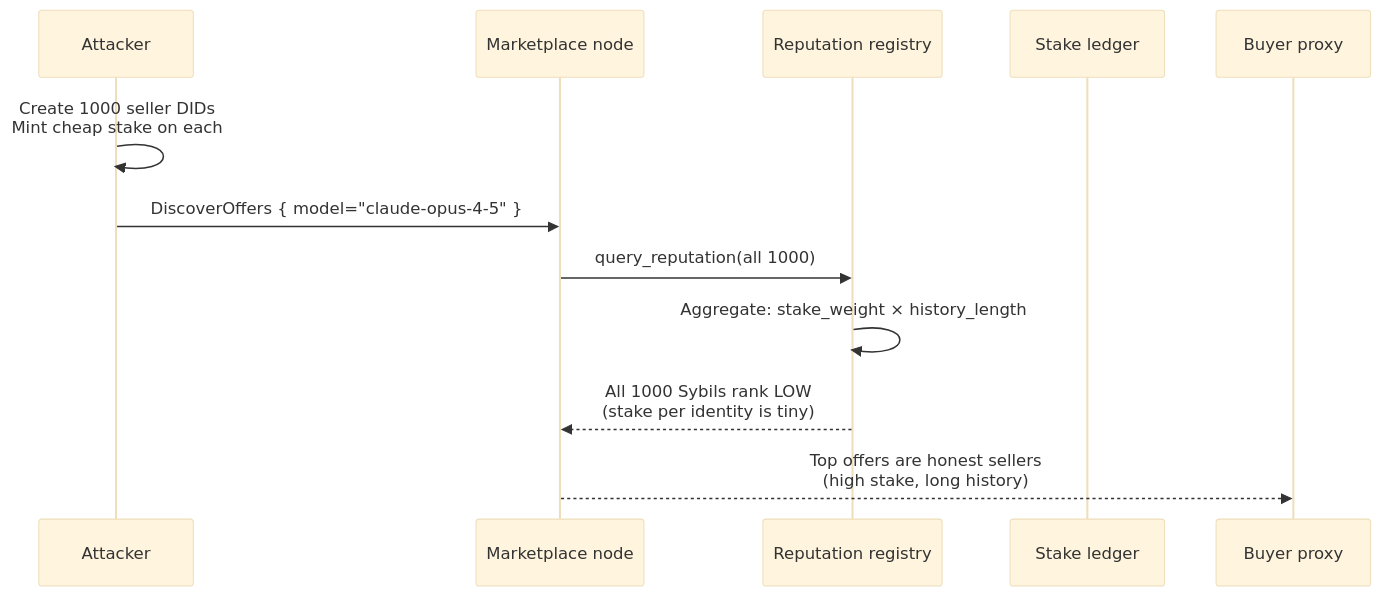
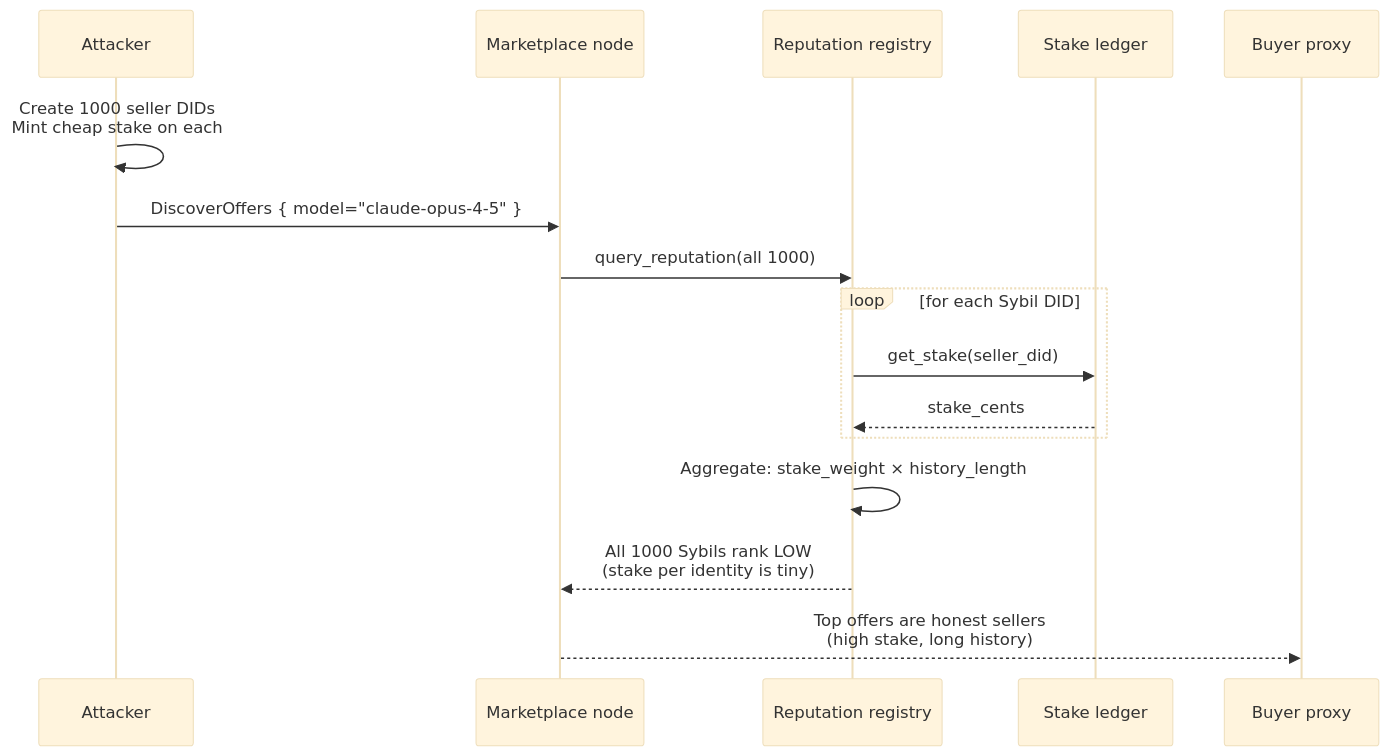
One commit to CipherOcto/cipherocto changed diagram 14 of 14 in docs/architecture/end-to-end-scenarios.md. Above: the diagram before and after it, drawn with Mermaid (base theme). The commit also changed other lines of this file, not shown here.

````diff
--- a/docs/architecture/end-to-end-scenarios.md
+++ b/docs/architecture/end-to-end-scenarios.md
@@ -604,15 +608,19 @@
 ```mermaid
 sequenceDiagram
     participant A as Attacker
     participant MK as Marketplace node
     participant RR as Reputation registry
     participant ST as Stake ledger
     participant P0 as Buyer proxy
 
     A->>A: Create 1000 seller DIDs<br/>Mint cheap stake on each
     A->>MK: DiscoverOffers { model="claude-opus-4-5" }
     MK->>RR: query_reputation(all 1000)
+    loop for each Sybil DID
+        RR->>ST: get_stake(seller_did)
+        ST-->>RR: stake_cents
+    end
     RR->>RR: Aggregate: stake_weight × history_length
     RR-->>MK: All 1000 Sybils rank LOW<br/>(stake per identity is tiny)
     MK-->>P0: Top offers are honest sellers<br/>(high stake, long history)
 ```
````
